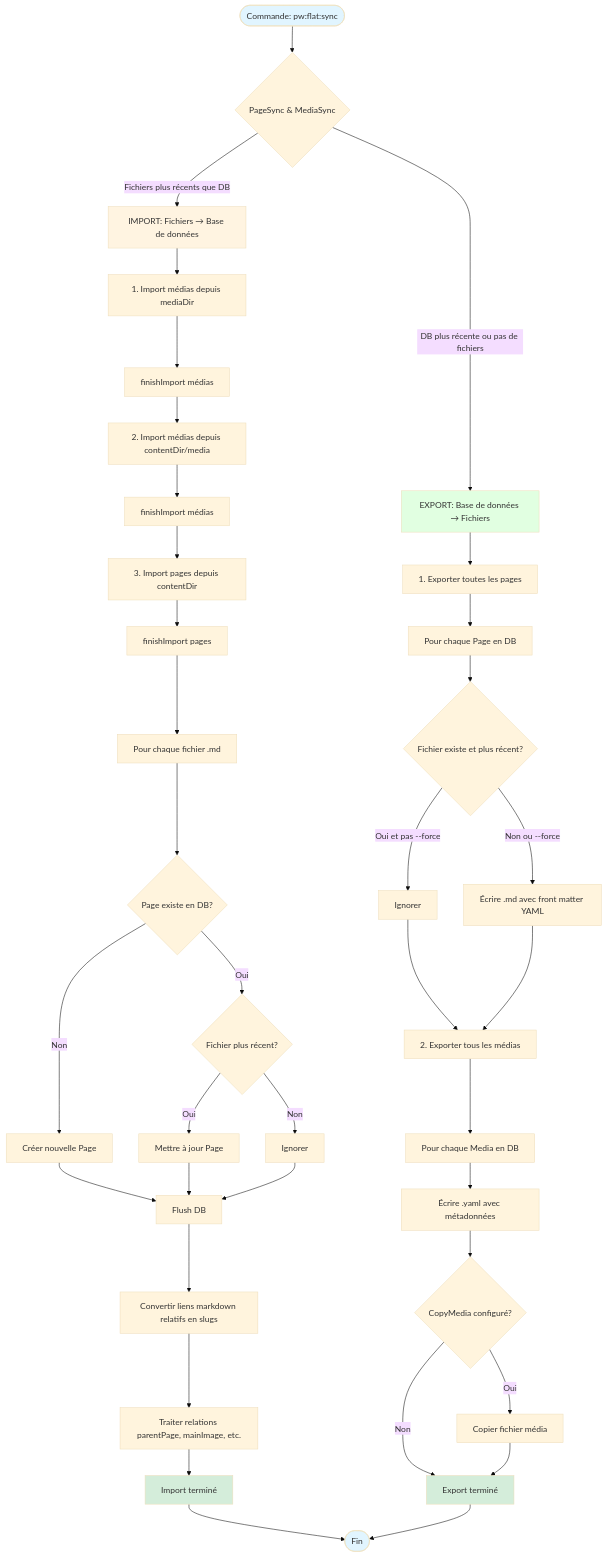
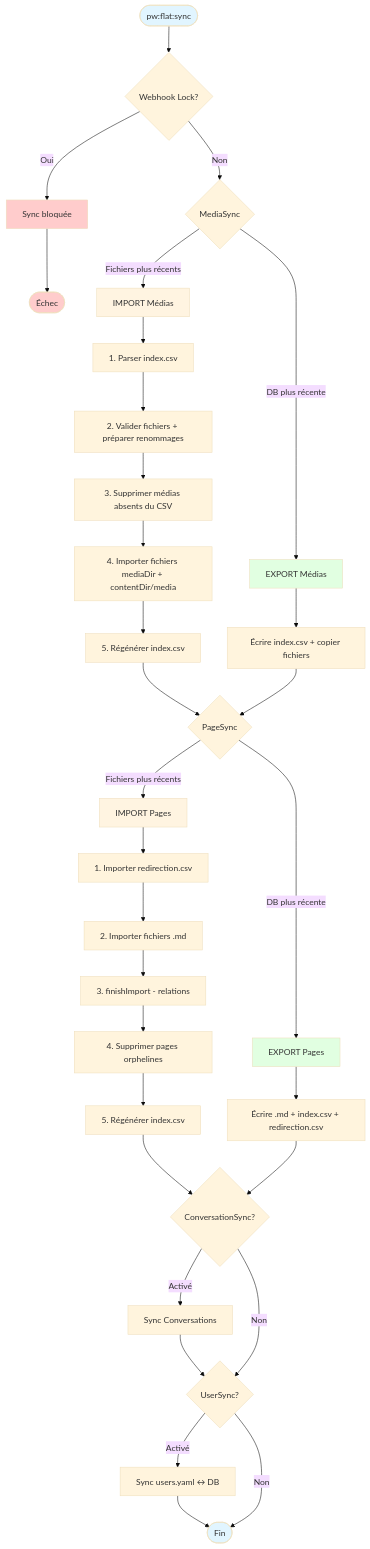
One commit to Pushword/Pushword changed the diagram in packages/flat/README.md. Above: the diagram before and after it, drawn with Mermaid (base theme). The commit also changed other lines of this file, not shown here.

Commit message:
Update flat sync flowchart to match current implementation

````diff
--- a/packages/flat/README.md
+++ b/packages/flat/README.md
@@ -38,54 +38,51 @@
 ```mermaid
 flowchart TD
-    Start([Commande: pw:flat:sync]) --> Check{PageSync & MediaSync}
+    Start([pw:flat:sync]) --> LockCheck{Webhook Lock?}
+    LockCheck -->|Oui| Blocked[Sync bloquée]
+    LockCheck -->|Non| MediaCheck{MediaSync}
 
-    Check -->|Fichiers plus récents que DB| Import[IMPORT: Fichiers → Base de données]
-    Check -->|DB plus récente ou pas de fichiers| Export[EXPORT: Base de données → Fichiers]
+    MediaCheck -->|Fichiers plus récents| MediaImport[IMPORT Médias]
+    MediaCheck -->|DB plus récente| MediaExport[EXPORT Médias]
 
-    %% BRANCHE IMPORT
-    Import --> ImportMedia1[1. Import médias depuis mediaDir]
-    ImportMedia1 --> ImportMedia1Finish[finishImport médias]
-    ImportMedia1Finish --> ImportMedia2[2. Import médias depuis contentDir/media]
-    ImportMedia2 --> ImportMedia2Finish[finishImport médias]
-    ImportMedia2Finish --> ImportPages[3. Import pages depuis contentDir]
-    ImportPages --> ImportPagesFinish[finishImport pages]
+    MediaImport --> MI1[1. Parser index.csv]
+    MI1 --> MI2[2. Valider fichiers + préparer renommages]
+    MI2 --> MI3[3. Supprimer médias absents du CSV]
+    MI3 --> MI4[4. Importer fichiers mediaDir + contentDir/media]
+    MI4 --> MI5[5. Régénérer index.csv]
+    MI5 --> PageCheck
 
-    ImportPagesFinish --> ImportProcess[Pour chaque fichier .md]
-    ImportProcess --> ImportCheck{Page existe en DB?}
-    ImportCheck -->|Non| ImportCreate[Créer nouvelle Page]
-    ImportCheck -->|Oui| ImportCompare{Fichier plus récent?}
-    ImportCompare -->|Oui| ImportUpdate[Mettre à jour Page]
-    ImportCompare -->|Non| ImportSkip[Ignorer]
-    ImportCreate --> ImportFlush[Flush DB]
-    ImportUpdate --> ImportFlush
-    ImportSkip --> ImportFlush
-    ImportFlush --> ImportLinks[Convertir liens markdown relatifs en slugs]
-    ImportLinks --> ImportRelations[Traiter relations parentPage, mainImage, etc.]
-    ImportRelations --> ImportEnd[Import terminé]
+    MediaExport --> ME1[Écrire index.csv + copier fichiers]
+    ME1 --> PageCheck
 
-    %% BRANCHE EXPORT
-    Export --> ExportPages[1. Exporter toutes les pages]
-    ExportPages --> ExportPageLoop[Pour chaque Page en DB]
-    ExportPageLoop --> ExportPageCheck{Fichier existe et plus récent?}
-    ExportPageCheck -->|Oui et pas --force| ExportPageSkip[Ignorer]
-    ExportPageCheck -->|Non ou --force| ExportPageWrite[Écrire .md avec front matter YAML]
-    ExportPageSkip --> ExportMedias
-    ExportPageWrite --> ExportMedias[2. Exporter tous les médias]
+    PageCheck{PageSync} -->|Fichiers plus récents| PageImport[IMPORT Pages]
+    PageCheck -->|DB plus récente| PageExport[EXPORT Pages]
 
-    ExportMedias --> ExportMediaLoop[Pour chaque Media en DB]
-    ExportMediaLoop --> ExportMediaYaml[Écrire .yaml avec métadonnées]
-    ExportMediaYaml --> ExportMediaCopy{CopyMedia configuré?}
-    ExportMediaCopy -->|Oui| ExportMediaCopyFile[Copier fichier média]
-    ExportMediaCopy -->|Non| ExportEnd
-    ExportMediaCopyFile --> ExportEnd[Export terminé]
+    PageImport --> PI1[1. Importer redirection.csv]
+    PI1 --> PI2[2. Importer fichiers .md]
+    PI2 --> PI3[3. finishImport - relations]
+    PI3 --> PI4[4. Supprimer pages orphelines]
+    PI4 --> PI5[5. Régénérer index.csv]
+    PI5 --> ConvCheck
 
-    ImportEnd --> End([Fin])
-    ExportEnd --> End
+    PageExport --> PE1[Écrire .md + index.csv + redirection.csv]
+    PE1 --> ConvCheck
+
+    ConvCheck{ConversationSync?} -->|Activé| ConvSync[Sync Conversations]
+    ConvCheck -->|Non| UserCheck
+    ConvSync --> UserCheck
+
+    UserCheck{UserSync?} -->|Activé| UserSync[Sync users.yaml ↔ DB]
+    UserCheck -->|Non| End
+    UserSync --> End([Fin])
+
+    Blocked --> EndBlocked([Échec])
 
     style Start fill:#e1f5ff
-    style Import fill:#fff4e1
-    style Export fill:#e1ffe1
-    style ImportEnd fill:#d4edda
-    style ExportEnd fill:#d4edda
+    style MediaImport fill:#fff4e1
+    style PageImport fill:#fff4e1
+    style MediaExport fill:#e1ffe1
+    style PageExport fill:#e1ffe1
     style End fill:#e1f5ff
+    style Blocked fill:#ffcccc
+    style EndBlocked fill:#ffcccc
 ```
````
